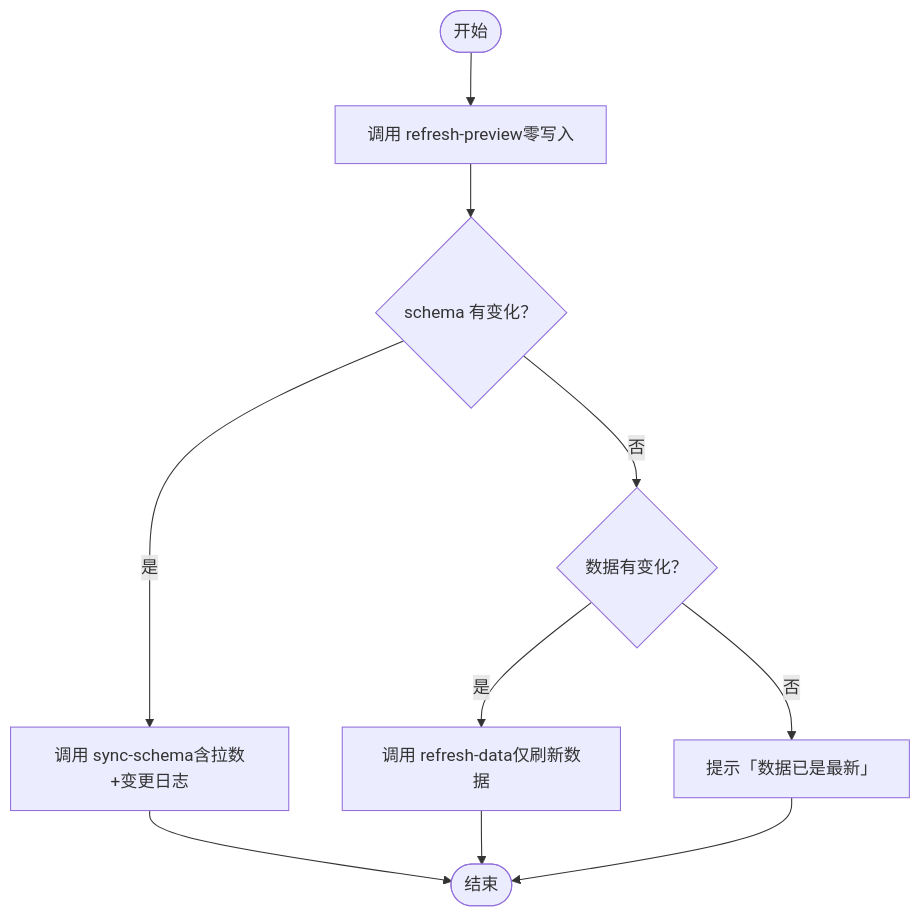
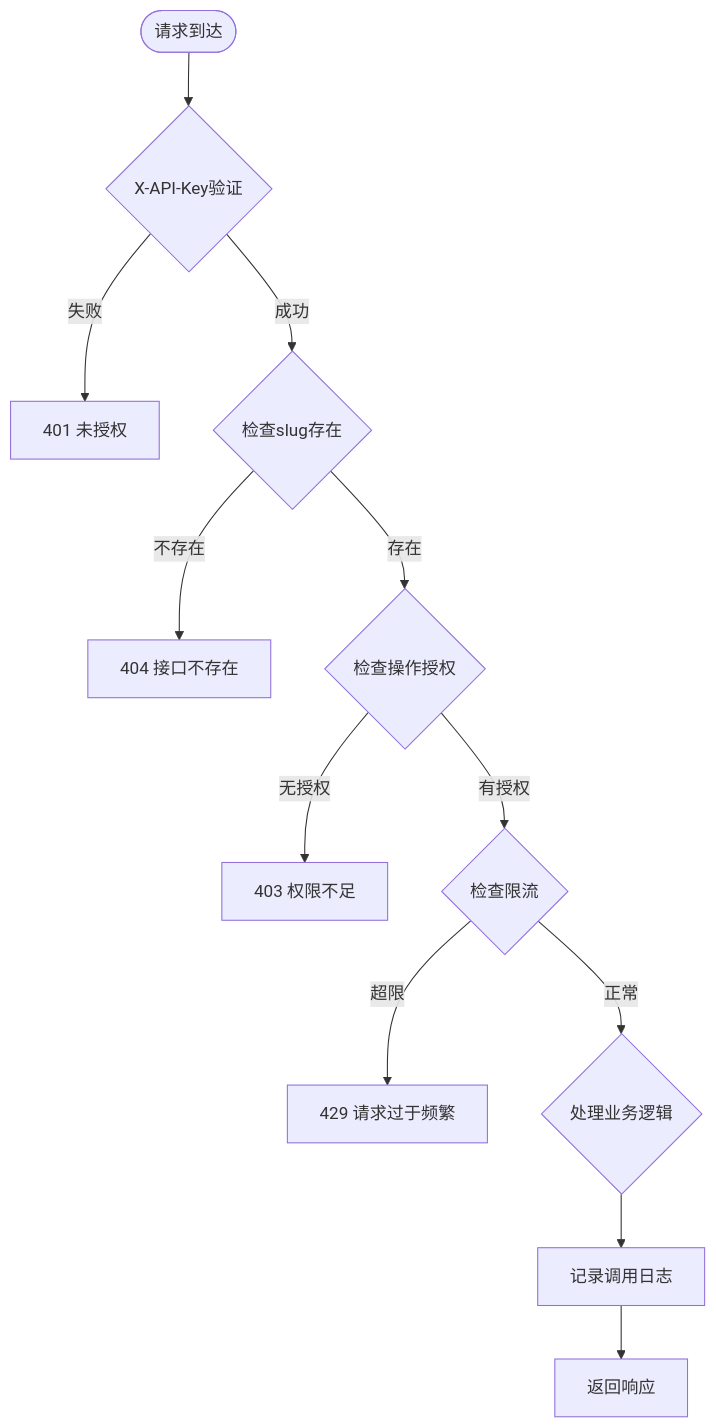
The fourth of 5 diagrams in .qoder/repowiki/zh/content/API参考文档/API参考文档.md (zyp-coder/Metadata), drawn with Mermaid before and after one commit. The commit also changed other lines of this file and 54 other files, not shown here.

````diff
--- a/.qoder/repowiki/zh/content/API参考文档/API参考文档.md
+++ b/.qoder/repowiki/zh/content/API参考文档/API参考文档.md
@@ -224,12 +251,14 @@
 ```mermaid
 flowchart TD
-Start(["开始"]) --> Preview["调用 refresh-preview零写入"]
-Preview --> CheckSchema{"schema 有变化？"}
-CheckSchema --> |是| SyncSchema["调用 sync-schema含拉数+变更日志"]
-CheckSchema --> |否| CheckData{"数据有变化？"}
-CheckData --> |是| RefreshData["调用 refresh-data仅刷新数据"]
-CheckData --> |否| EndNoop["提示「数据已是最新」"]
-SyncSchema --> End(["结束"])
-RefreshData --> End
-EndNoop --> End
+Start(["请求到达"]) --> Auth{"X-API-Key验证"}
+Auth --> |失败| Error401["401 未授权"]
+Auth --> |成功| CheckSlug{"检查slug存在"}
+CheckSlug --> |不存在| Error404["404 接口不存在"]
+CheckSlug --> |存在| CheckGrant{"检查操作授权"}
+CheckGrant --> |无授权| Error403["403 权限不足"]
+CheckGrant --> |有授权| CheckRate{"检查限流"}
+CheckRate --> |超限| Error429["429 请求过于频繁"]
+CheckRate --> |正常| Process{"处理业务逻辑"}
+Process --> Log["记录调用日志"]
+Log --> Response["返回响应"]
 ```
````
